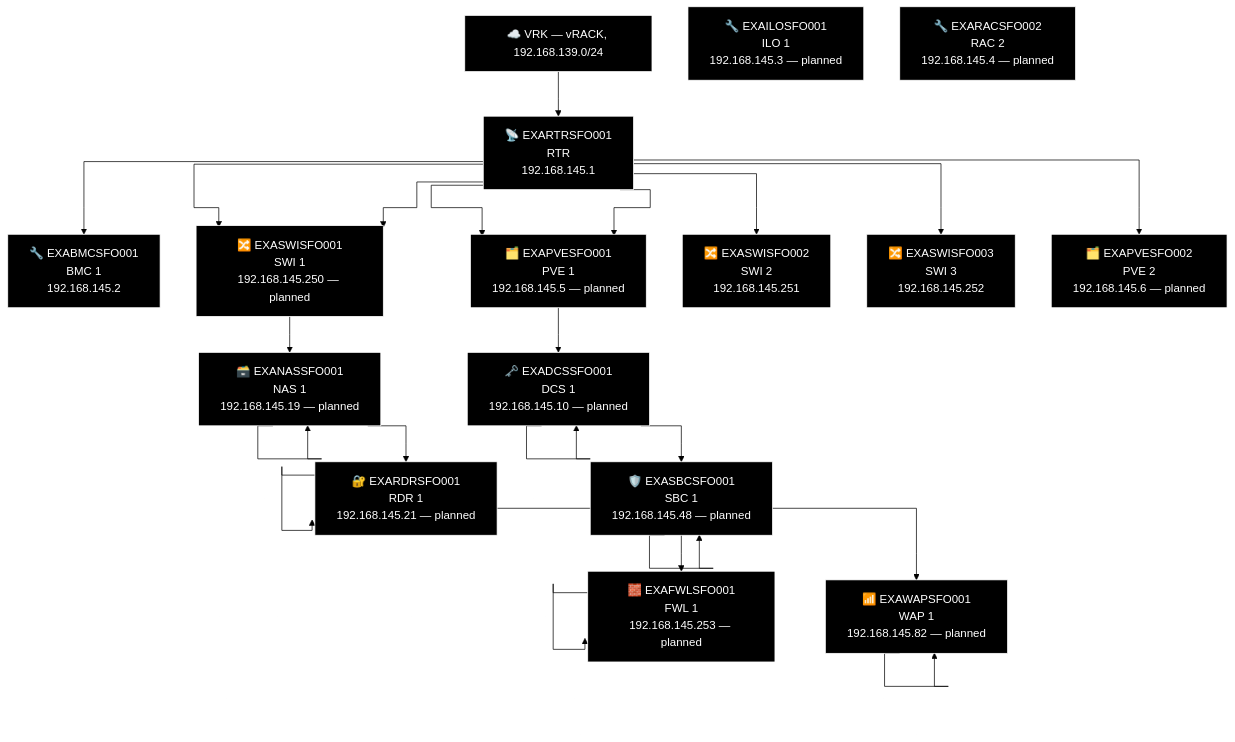
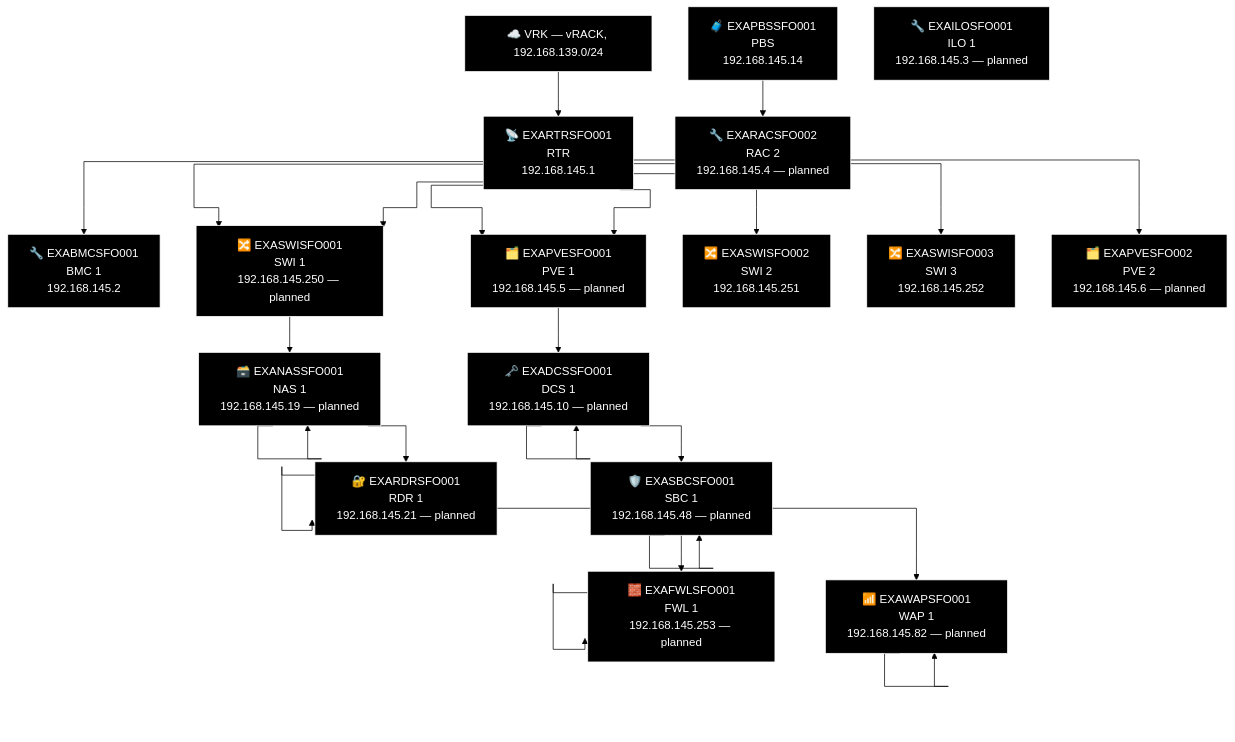
Diagram 19 of 21 in docs/network-diagram/united-states.md (knightmare2600/example_music_infra), drawn with Mermaid (forest theme) before and after one commit. The commit also changed other lines of this file and 14 other files, not shown here.

First line of the commit message:
docs/network-diagram: regenerate, every site was missing its PBS node

````diff
--- a/docs/network-diagram/united-states.md
+++ b/docs/network-diagram/united-states.md
@@ -856,65 +875,68 @@
 ```mermaid
 %% GENERATED:TOPOLOGY:SFO:START
 %%{init: {'flowchart': {'curve': 'stepAfter'}}}%%
 graph TD
     T_VRK["☁️ VRK — vRACK, 192.168.139.0/24"]
     T_RTR["📡 EXARTRSFO001<br/>RTR<br/>192.168.145.1"]
     T_VRK --> T_RTR
     T_BMC["🔧 EXABMCSFO001<br/>BMC 1<br/>192.168.145.2"]
     T_RTR --> T_BMC
     T_PVE["🗂️ EXAPVESFO001<br/>PVE 1<br/>192.168.145.5"]
     T_RTR --> T_PVE
     T_SWI["🔀 EXASWISFO001<br/>SWI 1<br/>192.168.145.250"]
     T_RTR --> T_SWI
     T_SWI2["🔀 EXASWISFO002<br/>SWI 2<br/>192.168.145.251"]
     T_RTR --> T_SWI2
     T_SWI3["🔀 EXASWISFO003<br/>SWI 3<br/>192.168.145.252"]
     T_RTR --> T_SWI3
     T_SWI["🔀 EXASWISFO001<br/>SWI 1<br/>192.168.145.250 — planned"]
     T_RTR --> T_SWI
     T_PVE["🗂️ EXAPVESFO001<br/>PVE 1<br/>192.168.145.5 — planned"]
     T_RTR --> T_PVE
     T_PVE2["🗂️ EXAPVESFO002<br/>PVE 2<br/>192.168.145.6 — planned"]
     T_RTR --> T_PVE2
     T_NAS["🗃️ EXANASSFO001<br/>NAS<br/>192.168.145.19"]
     T_NAS["🗃️ EXANASSFO001<br/>NAS 1<br/>192.168.145.19 — planned"]
     T_RDR["🔐 EXARDRSFO001<br/>RDR<br/>192.168.145.21"]
     T_RDR["🔐 EXARDRSFO001<br/>RDR 1<br/>192.168.145.21 — planned"]
     T_WAP["📶 EXAWAPSFO001<br/>WAP 1<br/>192.168.145.82"]
     T_WAP["📶 EXAWAPSFO001<br/>WAP 1<br/>192.168.145.82 — planned"]
     T_SWI --> T_NAS --> T_NAS --> T_RDR --> T_RDR --> T_WAP --> T_WAP
     T_DCS["🗝️ EXADCSSFO001<br/>DCS 1<br/>192.168.145.10"]
     T_DCS["🗝️ EXADCSSFO001<br/>DCS 1<br/>192.168.145.10 — planned"]
     T_SBC["🛡️ EXASBCSFO001<br/>SBC<br/>192.168.145.48"]
     T_SBC["🛡️ EXASBCSFO001<br/>SBC 1<br/>192.168.145.48 — planned"]
     T_FWL["🧱 EXAFWLSFO001<br/>LAN Face<br/>192.168.145.253"]
     T_FWL["🧱 EXAFWLSFO001<br/>FWL 1<br/>192.168.145.253 — planned"]
     T_PVE --> T_DCS --> T_DCS --> T_SBC --> T_SBC --> T_FWL --> T_FWL
+    T_PBS["🧳 EXAPBSSFO001<br/>PBS<br/>192.168.145.14"]
     T_ILO["🔧 EXAILOSFO001<br/>ILO 1<br/>192.168.145.3 — planned"]
     T_RAC["🔧 EXARACSFO002<br/>RAC 2<br/>192.168.145.4 — planned"]
+    T_PBS --> T_RAC
     style T_VRK fill:#000000,stroke:#FFFFFF,color:#FFFFFF
     style T_RTR fill:#000000,stroke:#FFFFFF,color:#FFFFFF
     style T_BMC fill:#000000,stroke:#FFFFFF,color:#FFFFFF
     style T_PVE fill:#000000,stroke:#FFFFFF,color:#FFFFFF
     style T_SWI fill:#000000,stroke:#FFFFFF,color:#FFFFFF
     style T_SWI2 fill:#000000,stroke:#FFFFFF,color:#FFFFFF
     style T_SWI3 fill:#000000,stroke:#FFFFFF,color:#FFFFFF
     style T_SWI fill:#000000,stroke:#FFFFFF,color:#FFFFFF
     style T_PVE fill:#000000,stroke:#FFFFFF,color:#FFFFFF
     style T_PVE2 fill:#000000,stroke:#FFFFFF,color:#FFFFFF
     style T_NAS fill:#000000,stroke:#FFFFFF,color:#FFFFFF
     style T_NAS fill:#000000,stroke:#FFFFFF,color:#FFFFFF
     style T_RDR fill:#000000,stroke:#FFFFFF,color:#FFFFFF
     style T_RDR fill:#000000,stroke:#FFFFFF,color:#FFFFFF
     style T_WAP fill:#000000,stroke:#FFFFFF,color:#FFFFFF
     style T_WAP fill:#000000,stroke:#FFFFFF,color:#FFFFFF
     style T_DCS fill:#000000,stroke:#FFFFFF,color:#FFFFFF
     style T_DCS fill:#000000,stroke:#FFFFFF,color:#FFFFFF
     style T_SBC fill:#000000,stroke:#FFFFFF,color:#FFFFFF
     style T_SBC fill:#000000,stroke:#FFFFFF,color:#FFFFFF
     style T_FWL fill:#000000,stroke:#FFFFFF,color:#FFFFFF
     style T_FWL fill:#000000,stroke:#FFFFFF,color:#FFFFFF
+    style T_PBS fill:#000000,stroke:#FFFFFF,color:#FFFFFF
     style T_ILO fill:#000000,stroke:#FFFFFF,color:#FFFFFF
     style T_RAC fill:#000000,stroke:#FFFFFF,color:#FFFFFF
 %% GENERATED:TOPOLOGY:SFO:END
 ```
````
